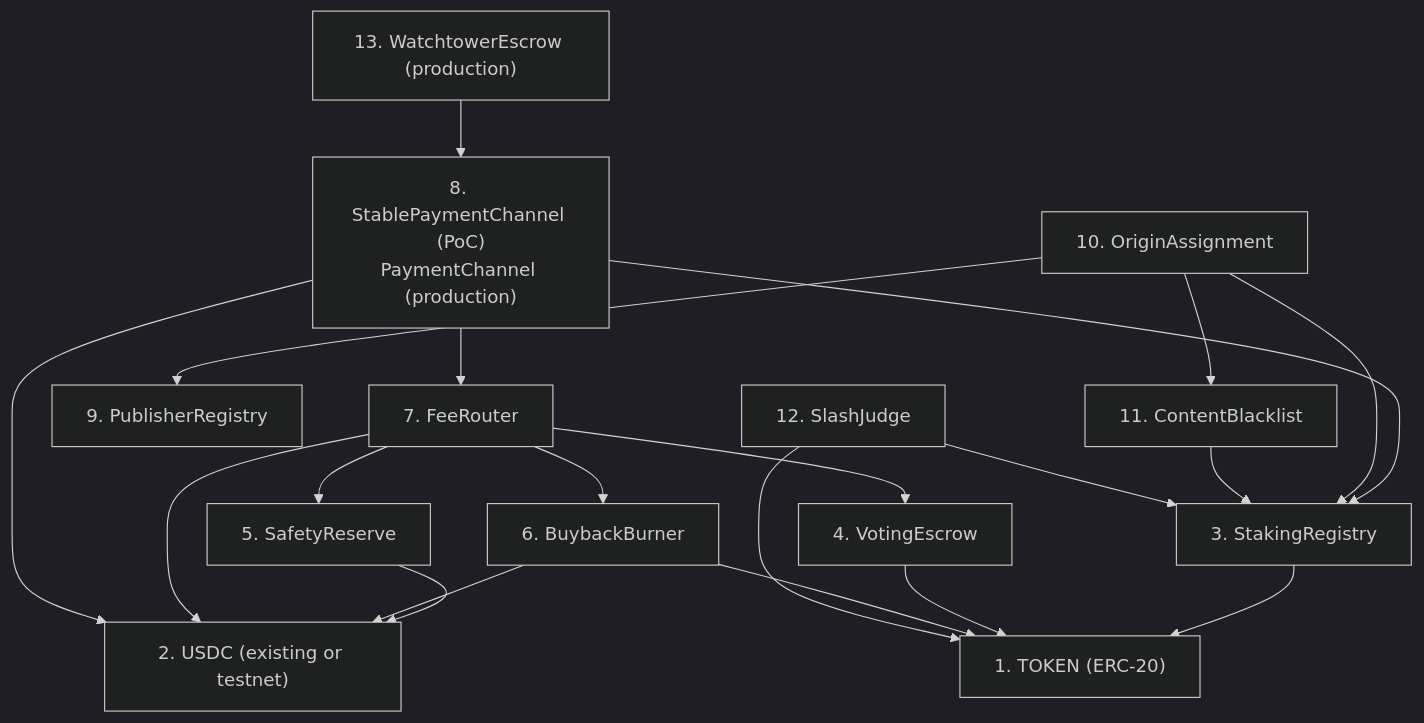
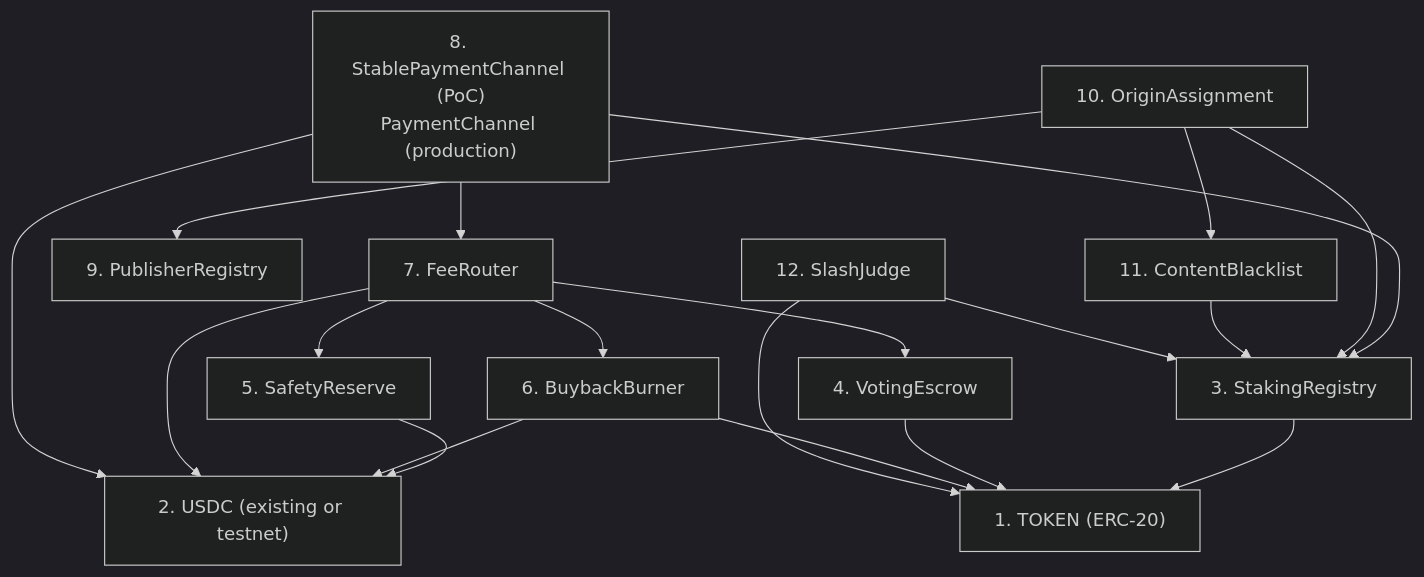
One commit to decdn/decdn changed the second of 5 diagrams in adr/016-contract-interactions.md. Above: the diagram before and after it, drawn with Mermaid (dark theme). The commit also changed other lines of this file and 27 other files, not shown here.

````diff
--- a/adr/016-contract-interactions.md
+++ b/adr/016-contract-interactions.md
@@ -108,36 +107,34 @@
 ```mermaid
 graph TD
     TOKEN["1. TOKEN (ERC-20)"]
     USDC["2. USDC (existing or testnet)"]
     SR["3. StakingRegistry"]
     VE["4. VotingEscrow"]
     SAFE["5. SafetyReserve"]
     BB["6. BuybackBurner"]
     FR["7. FeeRouter"]
     SPC["8. StablePaymentChannel (PoC)<br/>PaymentChannel (production)"]
     PR["9. PublisherRegistry"]
     OA["10. OriginAssignment"]
     CB["11. ContentBlacklist"]
     SJ["12. SlashJudge"]
-    WE["13. WatchtowerEscrow (production)"]
 
     SR --> TOKEN
     VE --> TOKEN
     SAFE --> USDC
     BB --> TOKEN
     BB --> USDC
     FR --> USDC
     FR --> BB
     FR --> SAFE
     FR --> VE
     SPC --> USDC
     SPC --> SR
     SPC --> FR
     OA --> SR
     OA --> PR
     OA --> CB
     CB --> SR
     SJ --> SR
     SJ --> TOKEN
-    WE --> SPC
 ```
````
